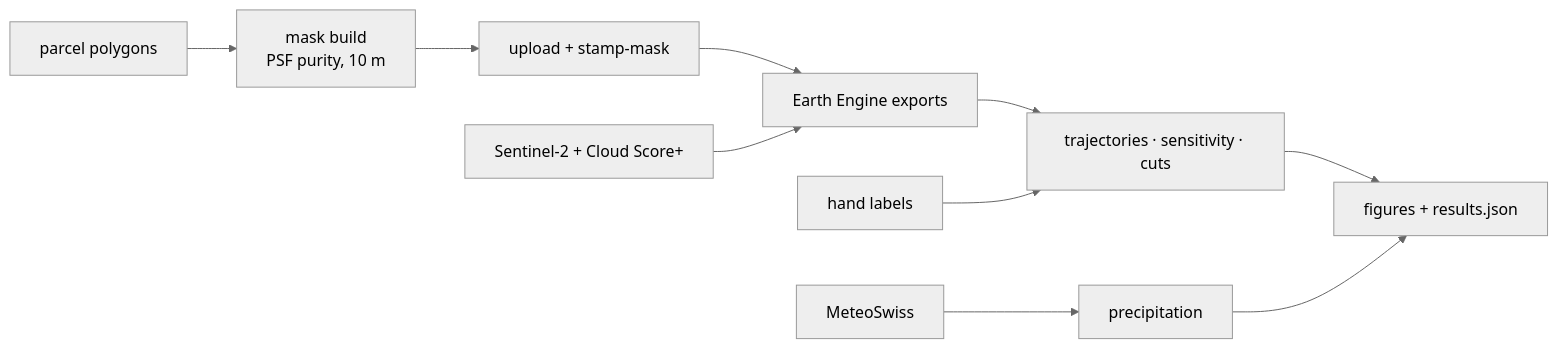
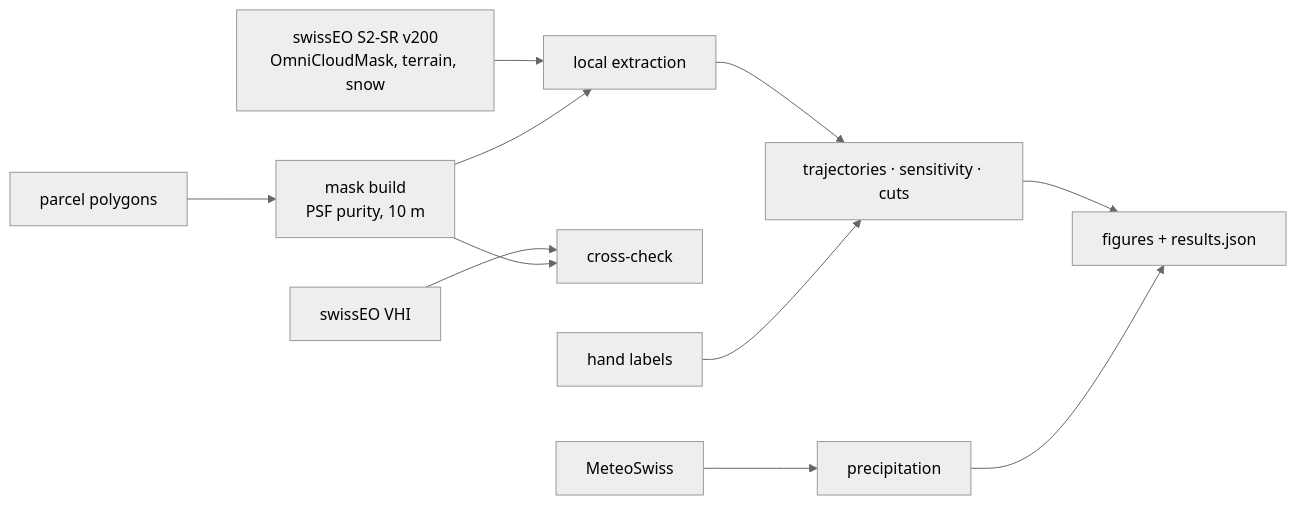
One commit to floew2/drought-from-space-switzerland changed the diagram in README.md. Above: the diagram before and after it, drawn with Mermaid (neutral theme). The commit also changed other lines of this file and 1 other file, not shown here.

First line of the commit message:
docs: swissEO as the default source of the Sentinel-2 series

````diff
--- a/README.md
+++ b/README.md
@@ -140,11 +143,12 @@
 ```mermaid
 flowchart LR
   P["parcel polygons"] --> M["mask build<br/>PSF purity, 10 m"]
-  M --> U["upload + stamp-mask"]
-  U --> E["Earth Engine exports"]
-  S2["Sentinel-2 + Cloud Score+"] --> E
+  S2["swissEO S2-SR v200<br/>OmniCloudMask, terrain, snow"] --> E["local extraction"]
+  M --> E
   E --> A["trajectories · sensitivity · cuts"]
+  V["swissEO VHI"] --> X["cross-check"]
+  M --> X
   L["hand labels"] --> A
   W["MeteoSwiss"] --> R["precipitation"]
   A & R --> O["figures + results.json"]
 ```
````
